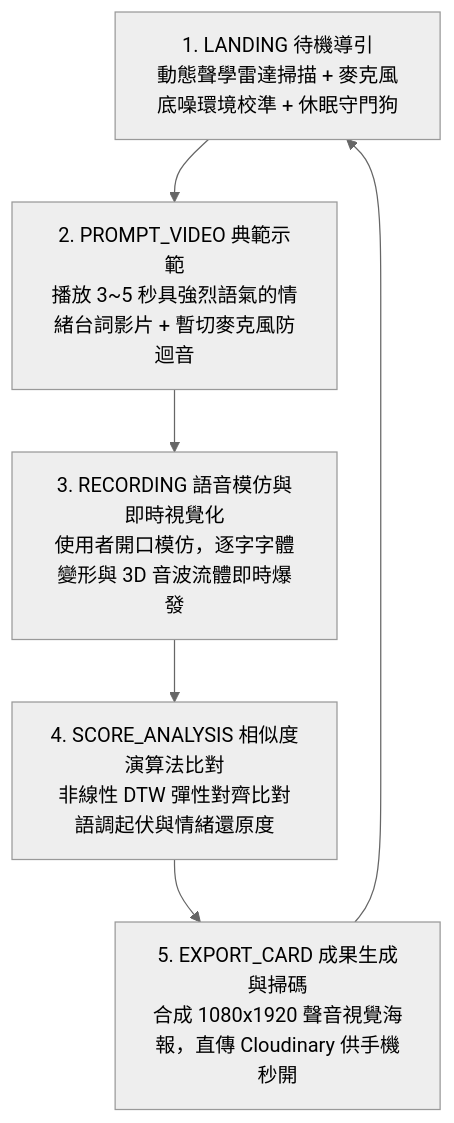
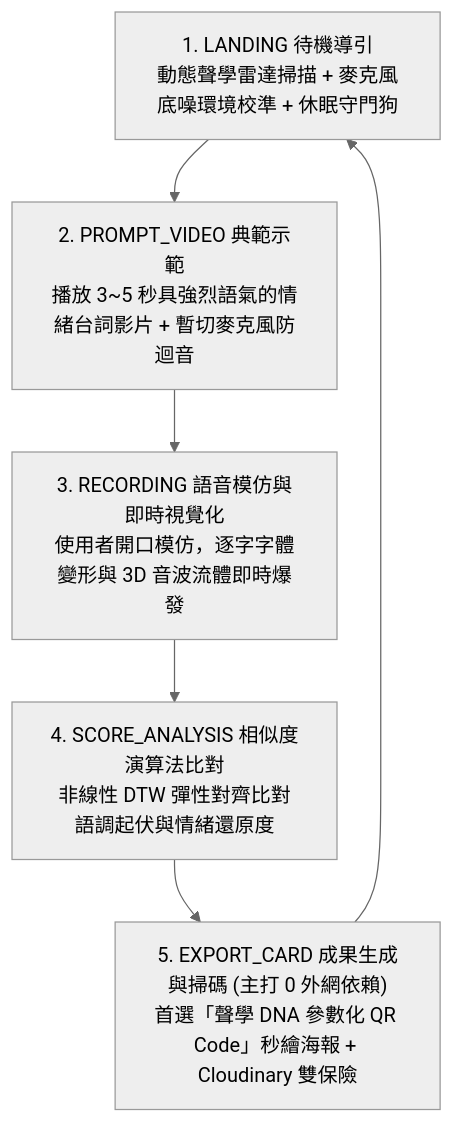
The diagram in 專案企劃書_See_How_You_Speak.md (yo-yo0613/pulse-lab-station), drawn with Mermaid (neutral theme) before and after one commit. The commit also changed other lines of this file, not shown here.

Commit message:
docs: refine PRD v2.4.1 clarifying project identity, offline DNA QR code highlight, and meeting pitch

````diff
--- a/專案企劃書_See_How_You_Speak.md
+++ b/專案企劃書_See_How_You_Speak.md
@@ -39,8 +40,8 @@
 ```mermaid
 flowchart TD
     IDLE["1. LANDING 待機導引<br/>動態聲學雷達掃描 + 麥克風底噪環境校準 + 休眠守門狗"] --> PROMPT["2. PROMPT_VIDEO 典範示範<br/>播放 3~5 秒具強烈語氣的情緒台詞影片 + 暫切麥克風防迴音"]
     PROMPT --> RECORD["3. RECORDING 語音模仿與即時視覺化<br/>使用者開口模仿，逐字字體變形與 3D 音波流體即時爆發"]
     RECORD --> SCORE["4. SCORE_ANALYSIS 相似度演算法比對<br/>非線性 DTW 彈性對齊比對語調起伏與情緒還原度"]
-    SCORE --> EXPORT["5. EXPORT_CARD 成果生成與掃碼<br/>合成 1080x1920 聲音視覺海報，直傳 Cloudinary 供手機秒開"]
+    SCORE --> EXPORT["5. EXPORT_CARD 成果生成與掃碼 (主打 0 外網依賴)<br/>首選「聲學 DNA 參數化 QR Code」秒繪海報 + Cloudinary 雙保險"]
     EXPORT --> IDLE
 ```
````
